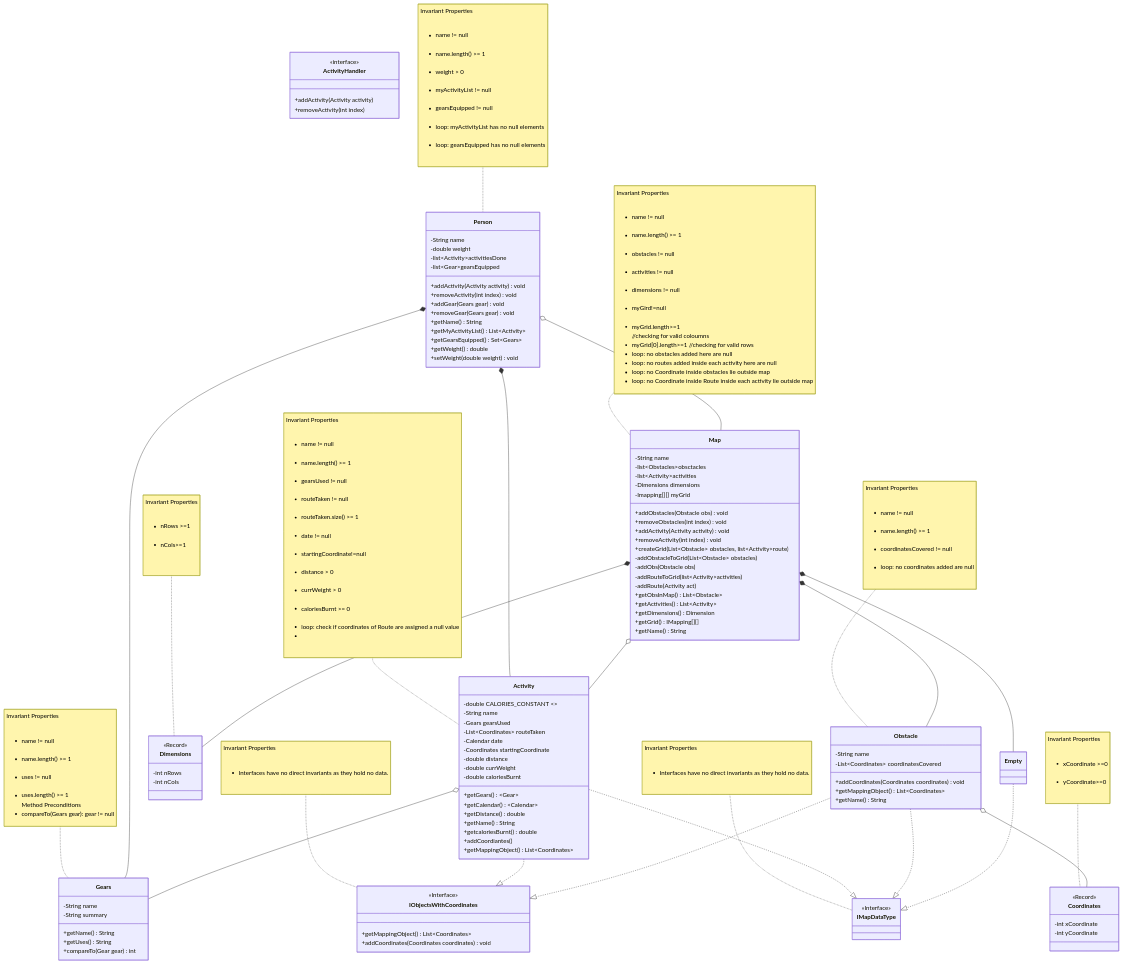
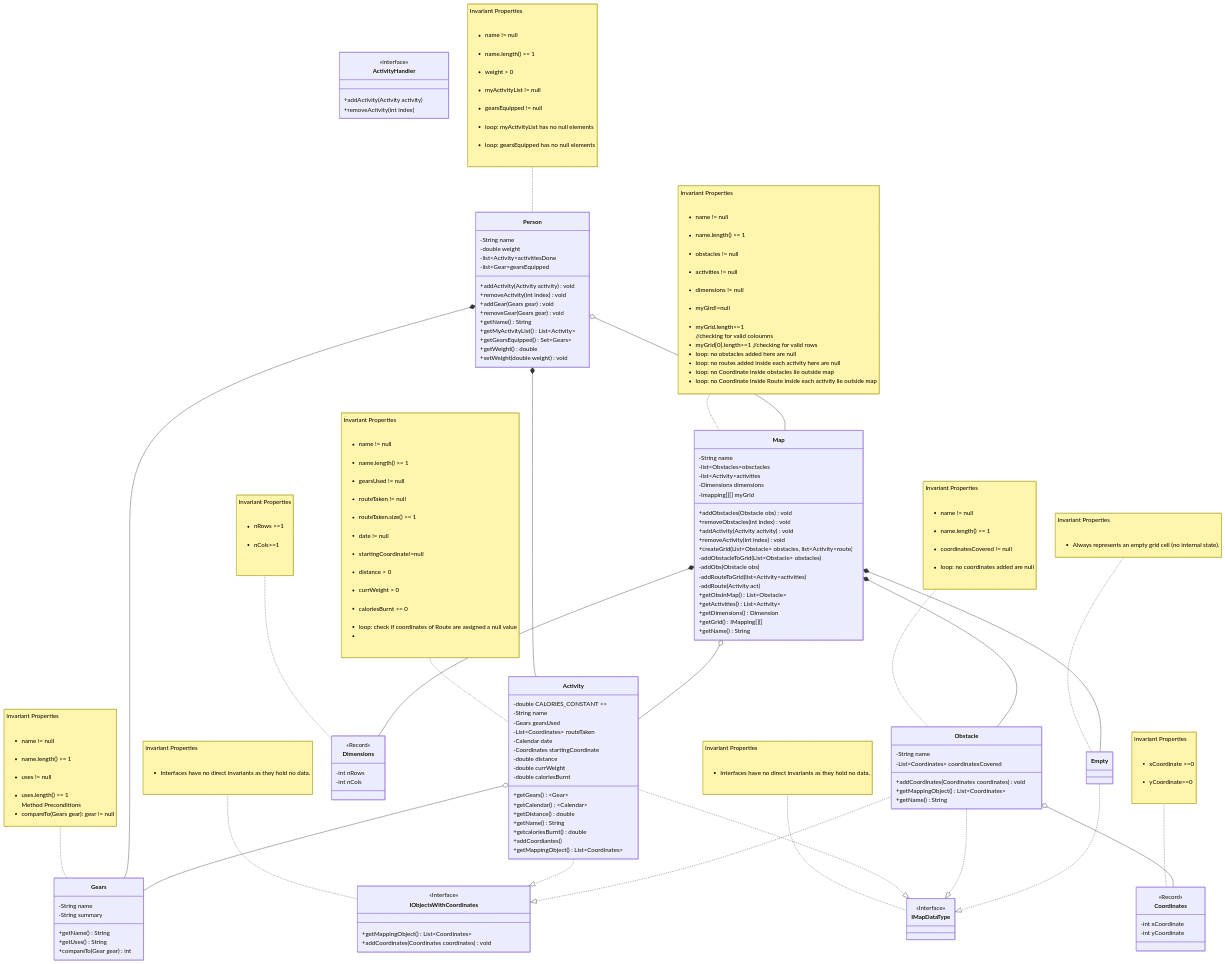
Before and after one commit to umangmehta0007/Excercise_Tracker: the diagram in README.md, drawn with Mermaid. The commit also changed other lines of this file and 2 other files, not shown here.

Commit message:
One new interfaces were added which include an interface for all objects which required coordiantes on the map that were Route and Obstacle.
Other interface was changed to "MARKUP INTERFACE " only which marks the stuff on map, Obstacle, Route, EMPTY

New class EMPTY, because a null state as said by franklin is always for something which is not correct, so a new class was introduced as EMPTY which was assigned inside the map constructor and all spaces were assigned empty before we add anything on map.

No coordiates were given in empty as per YAGNI, and no invariants too.

```diff
--- a/README.md
+++ b/README.md
@@ -191,6 +191,16 @@
         +getMappingObject() List~Coordinates~
         +getName() String
     }
+        
+        
+        note for Empty "Invariant Properties
+        <ul> 
+        <li>Always represents an empty grid cell (no internal state).
+        <ul>"
+        
+        class Empty{
+            
+        }
 
         note for Coordinates"Invariant Properties
         <ul>
```
